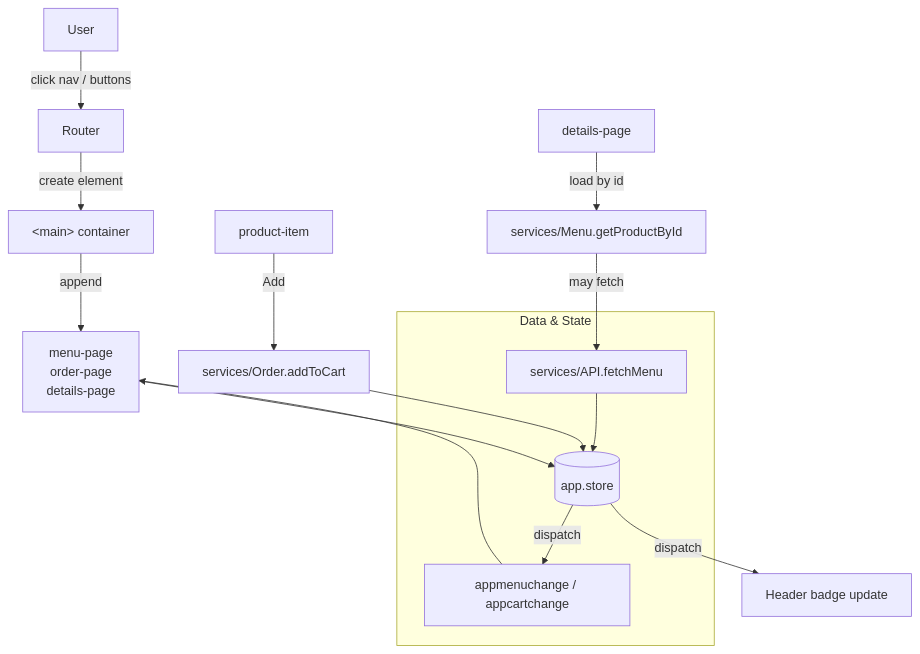
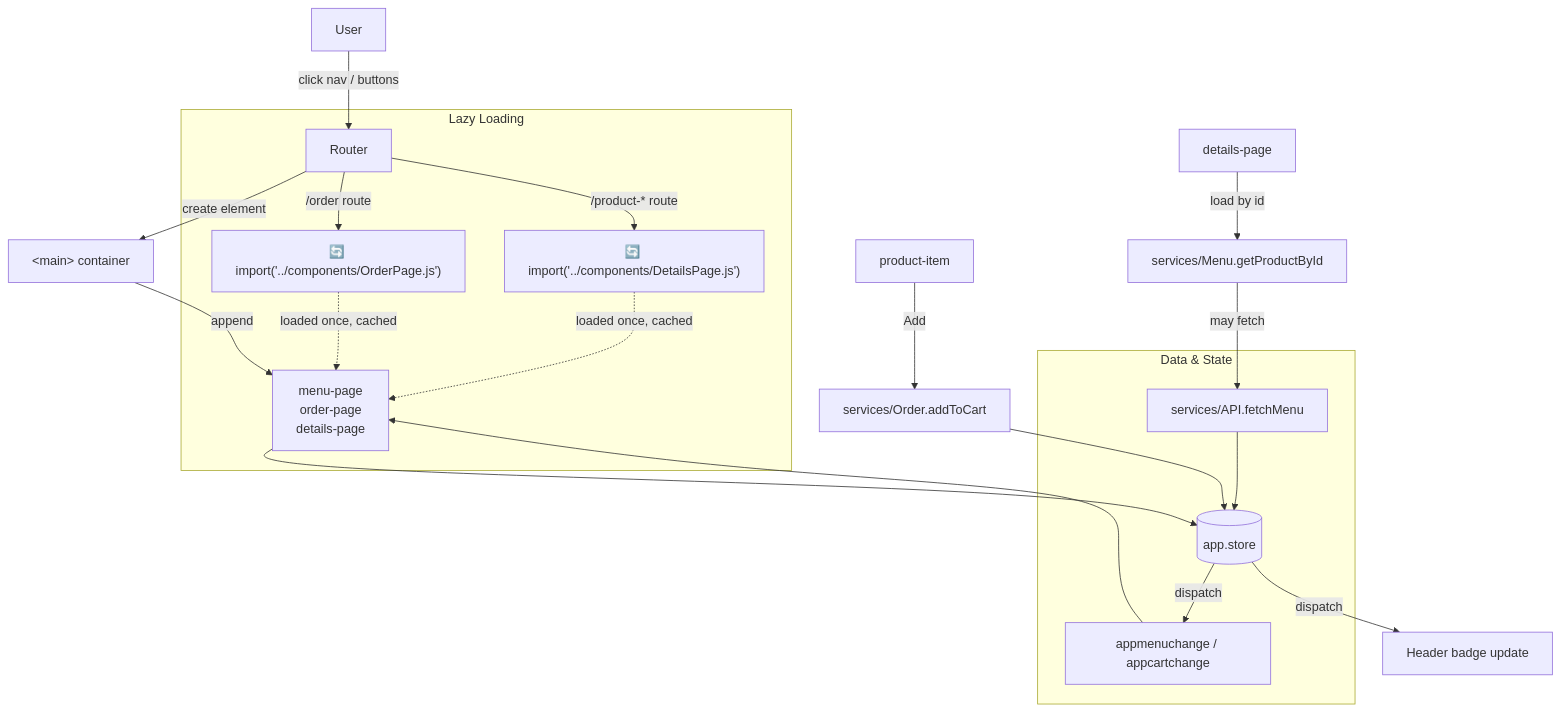
One commit to Shinkei/spa-web-patterns changed the first of 4 diagrams in README.md. Above: the diagram before and after it, drawn with Mermaid. The commit also changed other lines of this file, not shown here.

Commit message:
diagram Lazy Loading pattern

````diff
--- a/README.md
+++ b/README.md
@@ -54,24 +54,31 @@
 ```mermaid
 flowchart TD
   U[User] -->|click nav / buttons| R[Router]
   R -->|create element| Main["&lt;main&gt; container"]
   Main -->|append| Page["menu-page<br/>order-page<br/>details-page"]
 
   subgraph "Data & State"
     API[services/API.fetchMenu]
     Store[(app.store)]
     Events["appmenuchange / appcartchange"]
+  end
+
+  subgraph "Lazy Loading"
+    R -->|"/order route"| LO["🔄 import('../components/OrderPage.js')"]
+    R -->|"/product-* route"| LD["🔄 import('../components/DetailsPage.js')"]
+    LO -.->|loaded once, cached| Page
+    LD -.->|loaded once, cached| Page
   end
 
   Page --> Store
   Store -- dispatch --> Events
   Events --> Page
 
   PI[product-item] -->|Add| OrderSvc[services/Order.addToCart]
   OrderSvc --> Store
   Store -- dispatch --> Badge[Header badge update]
 
   Details[details-page] -->|load by id| MenuSvc[services/Menu.getProductById]
   MenuSvc -->|may fetch| API
   API --> Store
 ```
````
